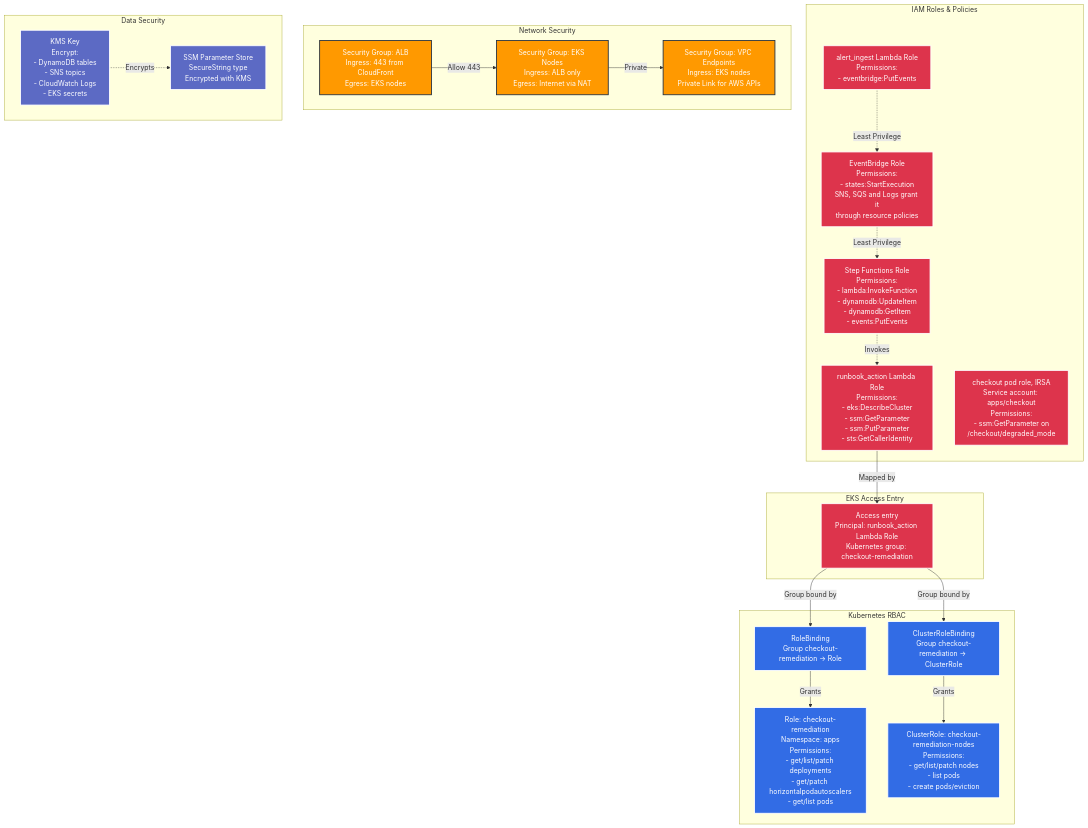
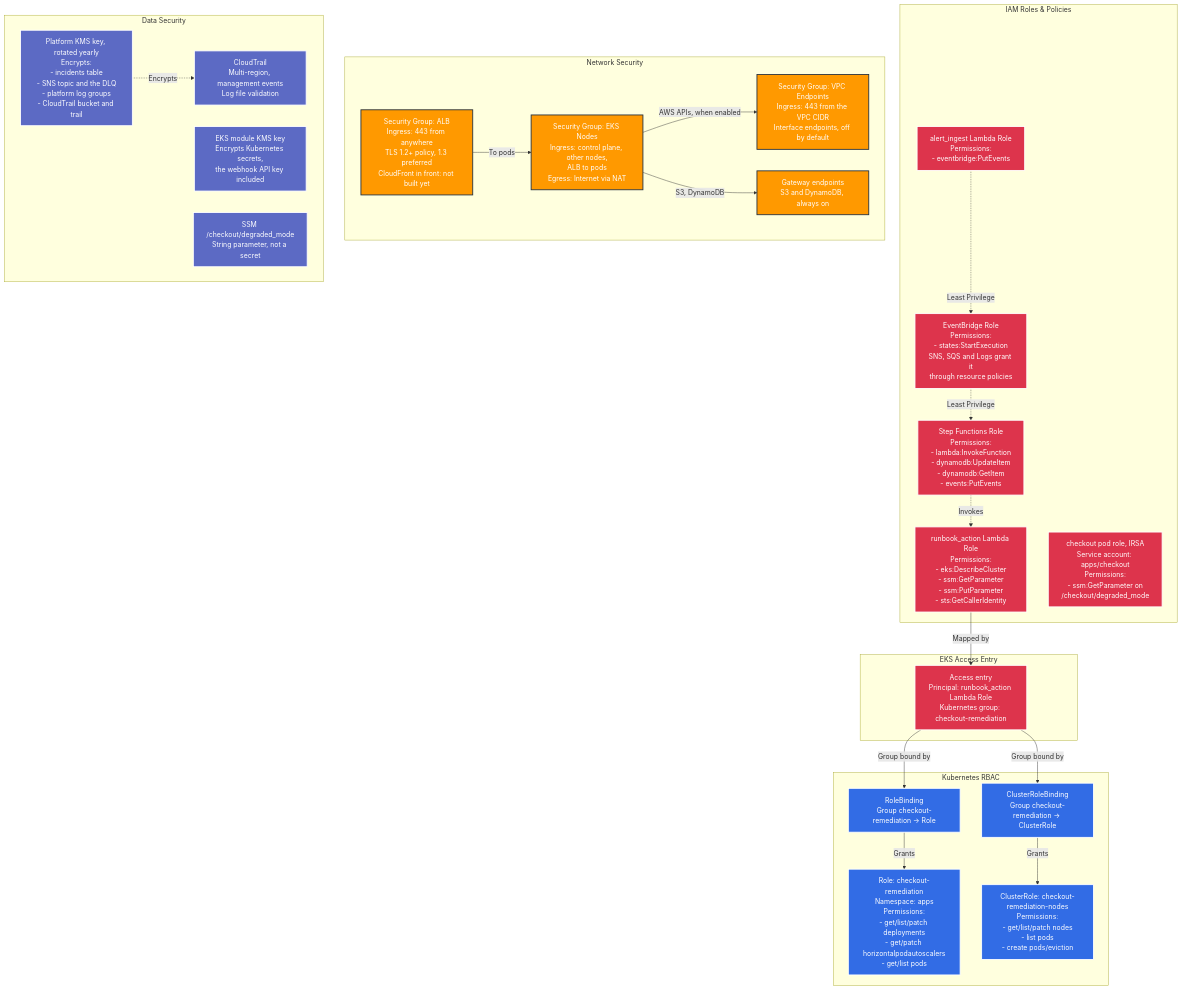
Before and after one commit to amrutp24/event-driven-sre-platform: the fourth of 4 diagrams in docs/architecture/README.md, drawn with Mermaid. The commit also changed other lines of this file and 17 other files, not shown here.

First line of the commit message:
Add KMS, CloudTrail, ECR and VPC endpoints (#15)

````diff
--- a/docs/architecture/README.md
+++ b/docs/architecture/README.md
@@ -273,57 +273,61 @@
 ```mermaid
 graph TB
     subgraph "IAM Roles & Policies"
         R1[alert_ingest Lambda Role<br/>Permissions:<br/>- eventbridge:PutEvents]
         R2[runbook_action Lambda Role<br/>Permissions:<br/>- eks:DescribeCluster<br/>- ssm:GetParameter<br/>- ssm:PutParameter<br/>- sts:GetCallerIdentity]
         R3[EventBridge Role<br/>Permissions:<br/>- states:StartExecution<br/>SNS, SQS and Logs grant it<br/>through resource policies]
         R4[Step Functions Role<br/>Permissions:<br/>- lambda:InvokeFunction<br/>- dynamodb:UpdateItem<br/>- dynamodb:GetItem<br/>- events:PutEvents]
         R5[checkout pod role, IRSA<br/>Service account: apps/checkout<br/>Permissions:<br/>- ssm:GetParameter on<br/>/checkout/degraded_mode]
     end
 
     subgraph "EKS Access Entry"
         AE[Access entry<br/>Principal: runbook_action Lambda Role<br/>Kubernetes group: checkout-remediation]
     end
 
     subgraph "Kubernetes RBAC"
         Role[Role: checkout-remediation<br/>Namespace: apps<br/>Permissions:<br/>- get/list/patch deployments<br/>- get/patch horizontalpodautoscalers<br/>- get/list pods]
         RB[RoleBinding<br/>Group checkout-remediation -> Role]
         CRole[ClusterRole: checkout-remediation-nodes<br/>Permissions:<br/>- get/list/patch nodes<br/>- list pods<br/>- create pods/eviction]
         CRB[ClusterRoleBinding<br/>Group checkout-remediation -> ClusterRole]
     end
 
     subgraph "Network Security"
-        SG1[Security Group: EKS Nodes<br/>Ingress: ALB only<br/>Egress: Internet via NAT]
-        SG2[Security Group: ALB<br/>Ingress: 443 from CloudFront<br/>Egress: EKS nodes]
-        SG3[Security Group: VPC Endpoints<br/>Ingress: EKS nodes<br/>Private Link for AWS APIs]
+        SG1[Security Group: EKS Nodes<br/>Ingress: control plane, other nodes,<br/>ALB to pods<br/>Egress: Internet via NAT]
+        SG2[Security Group: ALB<br/>Ingress: 443 from anywhere<br/>TLS 1.2+ policy, 1.3 preferred<br/>CloudFront in front: not built yet]
+        SG3[Security Group: VPC Endpoints<br/>Ingress: 443 from the VPC CIDR<br/>Interface endpoints, off by default]
+        GW[Gateway endpoints<br/>S3 and DynamoDB, always on]
     end
 
     subgraph "Data Security"
-        KMS[KMS Key<br/>Encrypt:<br/>- DynamoDB tables<br/>- SNS topics<br/>- CloudWatch Logs<br/>- EKS secrets]
-        SSM_Sec[SSM Parameter Store<br/>SecureString type<br/>Encrypted with KMS]
+        KMS[Platform KMS key, rotated yearly<br/>Encrypts:<br/>- incidents table<br/>- SNS topic and the DLQ<br/>- platform log groups<br/>- CloudTrail bucket and trail]
+        EKSKMS[EKS module KMS key<br/>Encrypts Kubernetes secrets,<br/>the webhook API key included]
+        Trail[CloudTrail<br/>Multi-region, management events<br/>Log file validation]
+        SSM_Flag[SSM /checkout/degraded_mode<br/>String parameter, not a secret]
     end
 
     R2 -->|Mapped by| AE
     AE -->|Group bound by| RB
     RB -->|Grants| Role
     AE -->|Group bound by| CRB
     CRB -->|Grants| CRole
 
     R1 -.->|Least Privilege| R3
     R3 -.->|Least Privilege| R4
     R4 -.->|Invokes| R2
 
-    SG2 -->|Allow 443| SG1
-    SG1 -->|Private| SG3
+    SG2 -->|To pods| SG1
+    SG1 -->|AWS APIs, when enabled| SG3
+    SG1 -->|S3, DynamoDB| GW
 
-    KMS -.->|Encrypts| SSM_Sec
+    KMS -.->|Encrypts| Trail
 
     classDef iam fill:#DD344C,stroke:#fff,stroke-width:2px,color:#fff
     classDef k8s fill:#326CE5,stroke:#fff,stroke-width:2px,color:#fff
     classDef network fill:#FF9900,stroke:#232F3E,stroke-width:2px,color:#fff
     classDef encryption fill:#5C6AC4,stroke:#fff,stroke-width:2px,color:#fff
 
     class R1,R2,R3,R4,R5,AE iam
     class Role,RB,CRole,CRB k8s
-    class SG1,SG2,SG3 network
-    class KMS,SSM_Sec encryption
+    class SG1,SG2,SG3,GW network
+    class KMS,EKSKMS,Trail,SSM_Flag encryption
 ```
````
